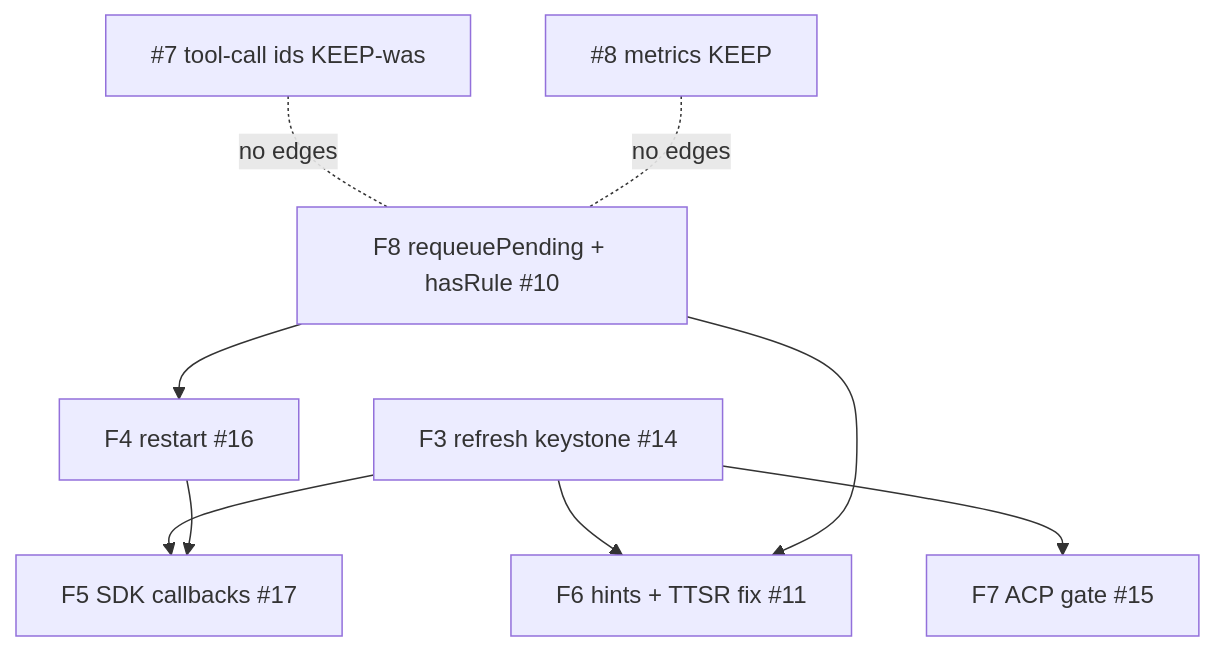
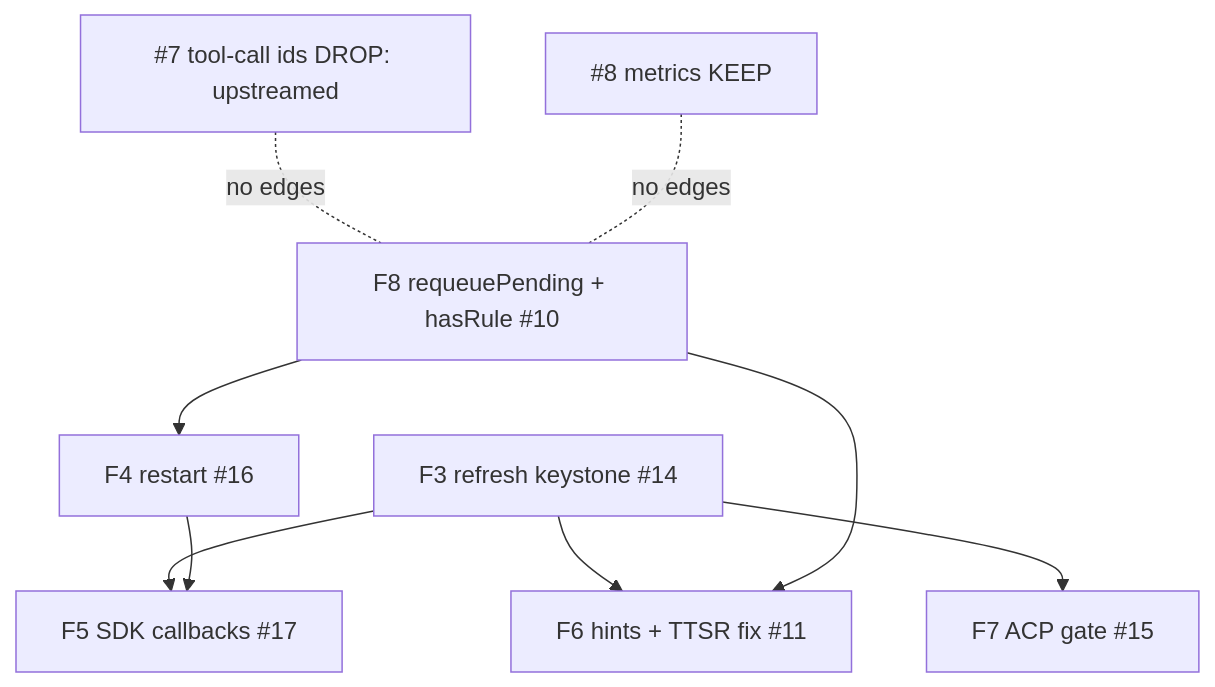
Before and after one commit to RigelBuild/oh-my-pi: the diagram in docs/fork-resync.md, drawn with Mermaid. The commit also changed other lines of this file, not shown here.

````diff
--- a/docs/fork-resync.md
+++ b/docs/fork-resync.md
@@ -52,11 +52,11 @@
 ```mermaid
 graph TD
   F3[F3 refresh keystone #14] --> F6[F6 hints + TTSR fix #11]
   F3 --> F7[F7 ACP gate #15]
   F3 --> F5[F5 SDK callbacks #17]
   F4[F4 restart #16] --> F5
   F8[F8 requeuePending + hasRule #10] --> F4
   F8 --> F6
-  K7[#7 tool-call ids KEEP-was] -.no edges.- F8
+  D7[#7 tool-call ids DROP: upstreamed] -.no edges.- F8
   K8[#8 metrics KEEP] -.no edges.- F8
 ```
````
